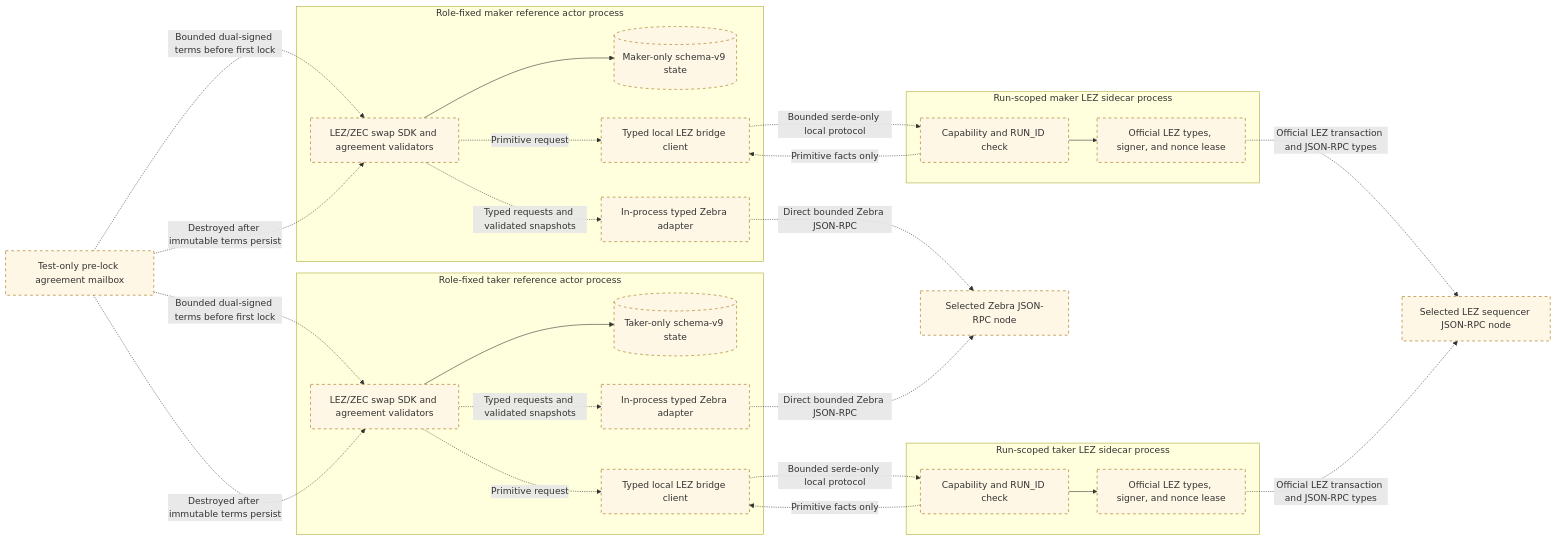
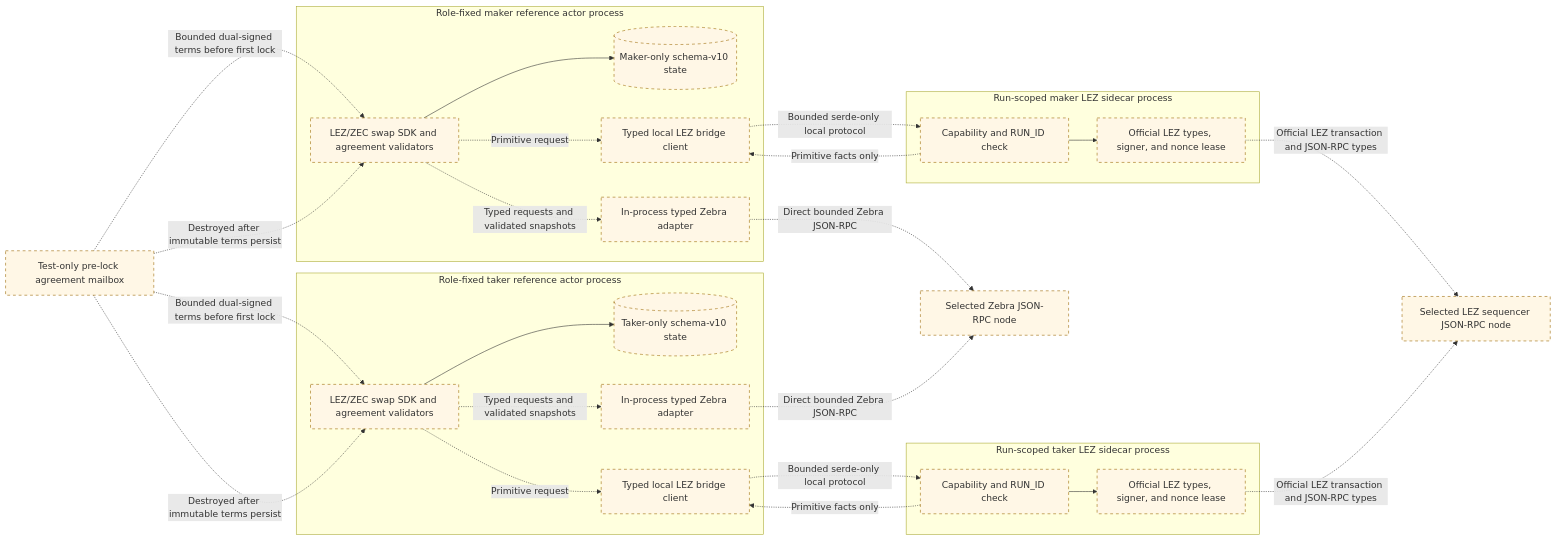
The second of 4 diagrams in docs/architecture/deployment-components-and-rpcs.md (gateway-fm/lez-atomic-swaps), drawn with Mermaid before and after one commit. The commit also changed other lines of this file and 4 other files, not shown here.

````diff
--- a/docs/architecture/deployment-components-and-rpcs.md
+++ b/docs/architecture/deployment-components-and-rpcs.md
@@ -124,54 +124,54 @@
 ```mermaid
 flowchart LR
     Mailbox["Test-only pre-lock agreement mailbox"]
     Zebra["Selected Zebra JSON-RPC node"]
     LezNode["Selected LEZ sequencer JSON-RPC node"]
 
     subgraph MakerProcess["Role-fixed maker reference actor process"]
         MakerSdk["LEZ/ZEC swap SDK and agreement validators"]
-        MakerState[("Maker-only schema-v9 state")]
+        MakerState[("Maker-only schema-v10 state")]
         MakerBridge["Typed local LEZ bridge client"]
         MakerZebra["In-process typed Zebra adapter"]
     end
 
     subgraph MakerSidecarProcess["Run-scoped maker LEZ sidecar process"]
         MakerCapability["Capability and RUN_ID check"]
         MakerOfficial["Official LEZ types, signer, and nonce lease"]
     end
 
     subgraph TakerProcess["Role-fixed taker reference actor process"]
         TakerSdk["LEZ/ZEC swap SDK and agreement validators"]
-        TakerState[("Taker-only schema-v9 state")]
+        TakerState[("Taker-only schema-v10 state")]
         TakerBridge["Typed local LEZ bridge client"]
         TakerZebra["In-process typed Zebra adapter"]
     end
 
     subgraph TakerSidecarProcess["Run-scoped taker LEZ sidecar process"]
         TakerCapability["Capability and RUN_ID check"]
         TakerOfficial["Official LEZ types, signer, and nonce lease"]
     end
 
     Mailbox -.->|"Bounded dual-signed terms before first lock"| MakerSdk
     Mailbox -.->|"Bounded dual-signed terms before first lock"| TakerSdk
     MakerSdk --> MakerState
     TakerSdk --> TakerState
     MakerSdk -.->|"Primitive request"| MakerBridge
     TakerSdk -.->|"Primitive request"| TakerBridge
     MakerBridge -.->|"Bounded serde-only local protocol"| MakerCapability
     TakerBridge -.->|"Bounded serde-only local protocol"| TakerCapability
     MakerCapability --> MakerOfficial
     TakerCapability --> TakerOfficial
     MakerOfficial -.->|"Official LEZ transaction and JSON-RPC types"| LezNode
     TakerOfficial -.->|"Official LEZ transaction and JSON-RPC types"| LezNode
     MakerSdk -.->|"Typed requests and validated snapshots"| MakerZebra
     TakerSdk -.->|"Typed requests and validated snapshots"| TakerZebra
     MakerZebra -.->|"Direct bounded Zebra JSON-RPC"| Zebra
     TakerZebra -.->|"Direct bounded Zebra JSON-RPC"| Zebra
     MakerCapability -.->|"Primitive facts only"| MakerBridge
     TakerCapability -.->|"Primitive facts only"| TakerBridge
     Mailbox -.->|"Destroyed after immutable terms persist"| MakerSdk
     Mailbox -.->|"Destroyed after immutable terms persist"| TakerSdk
 
     classDef planned stroke-dasharray: 5 5,fill:#fff7e6,stroke:#9a6700;
     class Mailbox,Zebra,LezNode,MakerSdk,MakerState,MakerBridge,MakerZebra,MakerCapability,MakerOfficial,TakerSdk,TakerState,TakerBridge,TakerZebra,TakerCapability,TakerOfficial planned;
 ```
````
